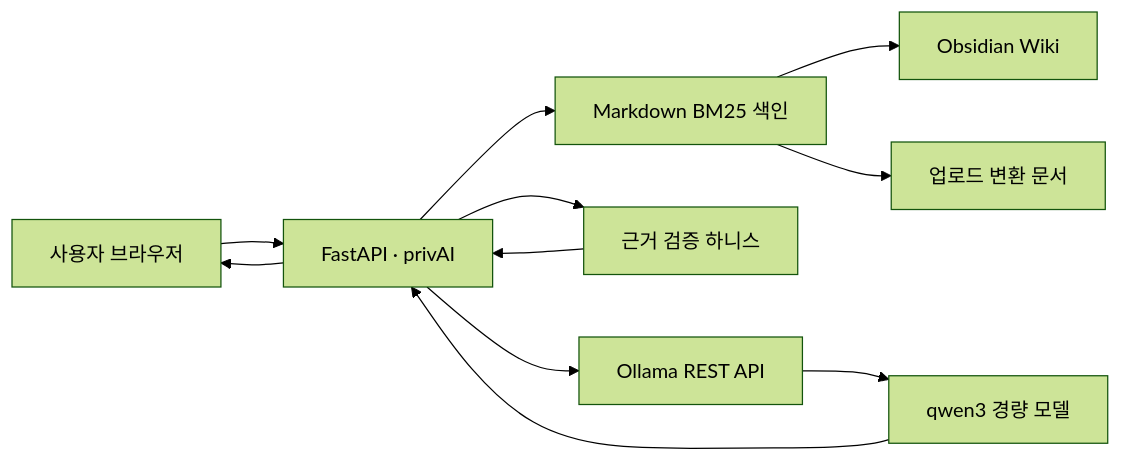
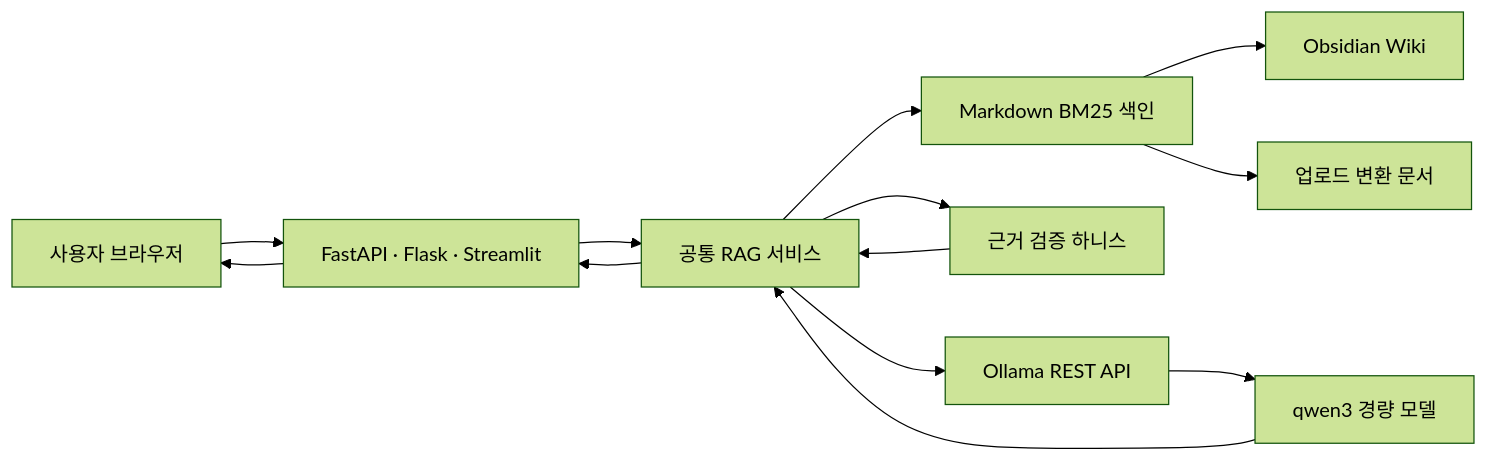
One commit to jihun18/LLM-lab changed the first of 2 diagrams in docs/ARCHITECTURE.md. Above: the diagram before and after it, drawn with Mermaid (forest theme). The commit also changed other lines of this file and 11 other files, not shown here.

````diff
--- a/docs/ARCHITECTURE.md
+++ b/docs/ARCHITECTURE.md
@@ -5,13 +5,15 @@
 ```mermaid
 flowchart LR
-    U["사용자 브라우저"] --> F["FastAPI · privAI"]
-    F --> K["Markdown BM25 색인"]
+    U["사용자 브라우저"] --> A["FastAPI · Flask · Streamlit"]
+    A --> R["공통 RAG 서비스"]
+    R --> K["Markdown BM25 색인"]
     K --> W["Obsidian Wiki"]
     K --> D["업로드 변환 문서"]
-    F --> H["근거 검증 하니스"]
-    F --> O["Ollama REST API"]
+    R --> H["근거 검증 하니스"]
+    R --> O["Ollama REST API"]
     O --> M["qwen3 경량 모델"]
-    H --> F
-    M --> F
-    F --> U
+    H --> R
+    M --> R
+    R --> A
+    A --> U
 ```
````
